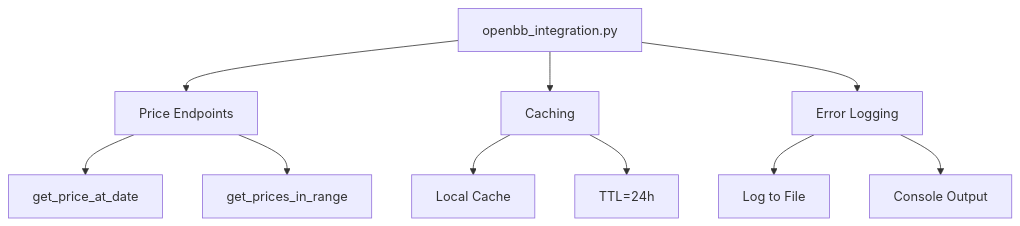
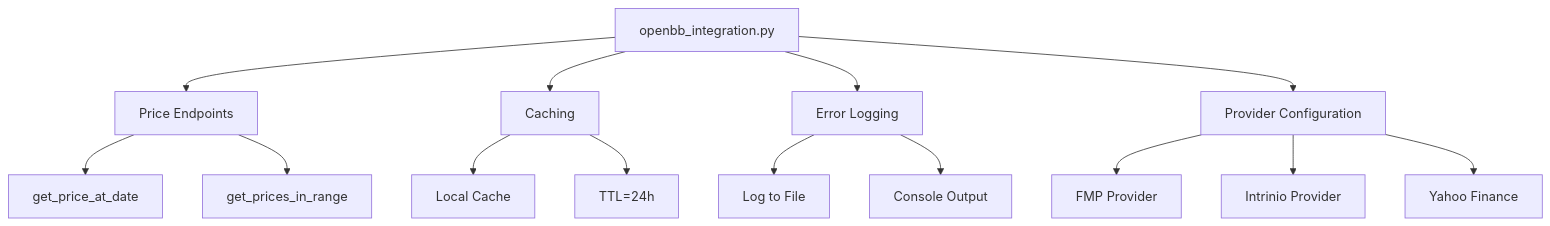
One commit to Marx2/backtest changed the diagram in plan.md. Above: the diagram before and after it, drawn with Mermaid. The commit also changed other lines of this file and 4 other files, not shown here.

````diff
--- a/plan.md
+++ b/plan.md
@@ -15,12 +16,16 @@
 ```mermaid
 graph TD
     A[openbb_integration.py] --> B[Price Endpoints]
     A --> C[Caching]
     A --> D[Error Logging]
-    B --> E[get_price_at_date]
-    B --> F[get_prices_in_range]
-    C --> G[Local Cache]
-    C --> H[TTL=24h]
-    D --> I[Log to File]
-    D --> J[Console Output]
+    A --> E[Provider Configuration]
+    B --> F[get_price_at_date]
+    B --> G[get_prices_in_range]
+    C --> H[Local Cache]
+    C --> I[TTL=24h]
+    D --> J[Log to File]
+    D --> K[Console Output]
+    E --> L[FMP Provider]
+    E --> M[Intrinio Provider]
+    E --> N[Yahoo Finance]
 ```
````
